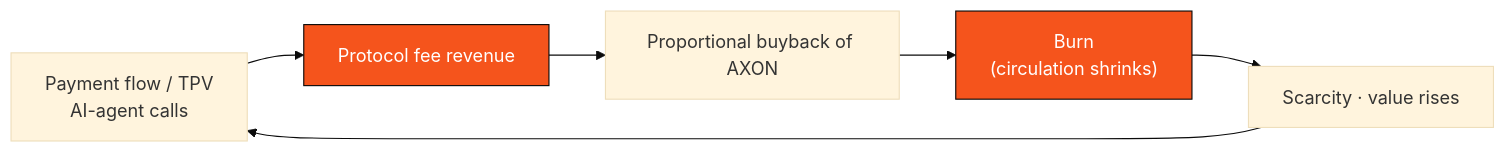
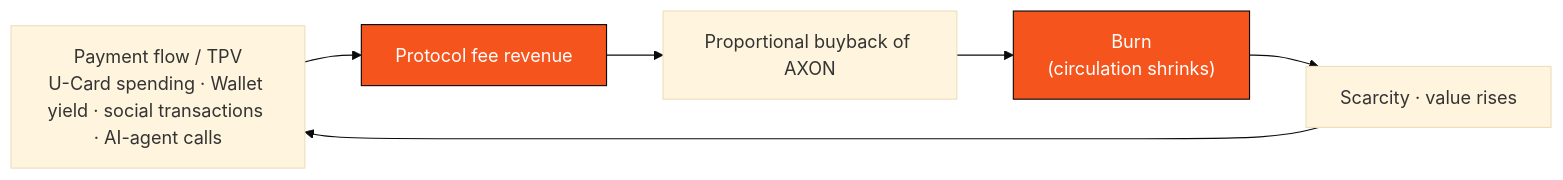
One commit to AIVIVEHQ/axon-whitepaper changed the diagram in en/part7-tokenomics/7-3-utility-flywheel.md. Above: the diagram before and after it, drawn with Mermaid (base theme). The commit also changed other lines of this file and 17 other files, not shown here.

````diff
--- a/en/part7-tokenomics/7-3-utility-flywheel.md
+++ b/en/part7-tokenomics/7-3-utility-flywheel.md
@@ -23,10 +23,10 @@
 ```mermaid
 flowchart LR
-    A["Payment flow / TPV<br/>AI-agent calls"] --> B["Protocol fee revenue"]
+    A["Payment flow / TPV<br/>U-Card spending · Wallet yield · social transactions · AI-agent calls"] --> B["Protocol fee revenue"]
     B --> C["Proportional buyback of AXON"]
     C --> D["Burn<br/>(circulation shrinks)"]
     D --> E["Scarcity · value rises"]
     E --> A
     style B fill:#f5541c,stroke:#0a0908,color:#fff
     style D fill:#f5541c,stroke:#0a0908,color:#fff
 ```
````
